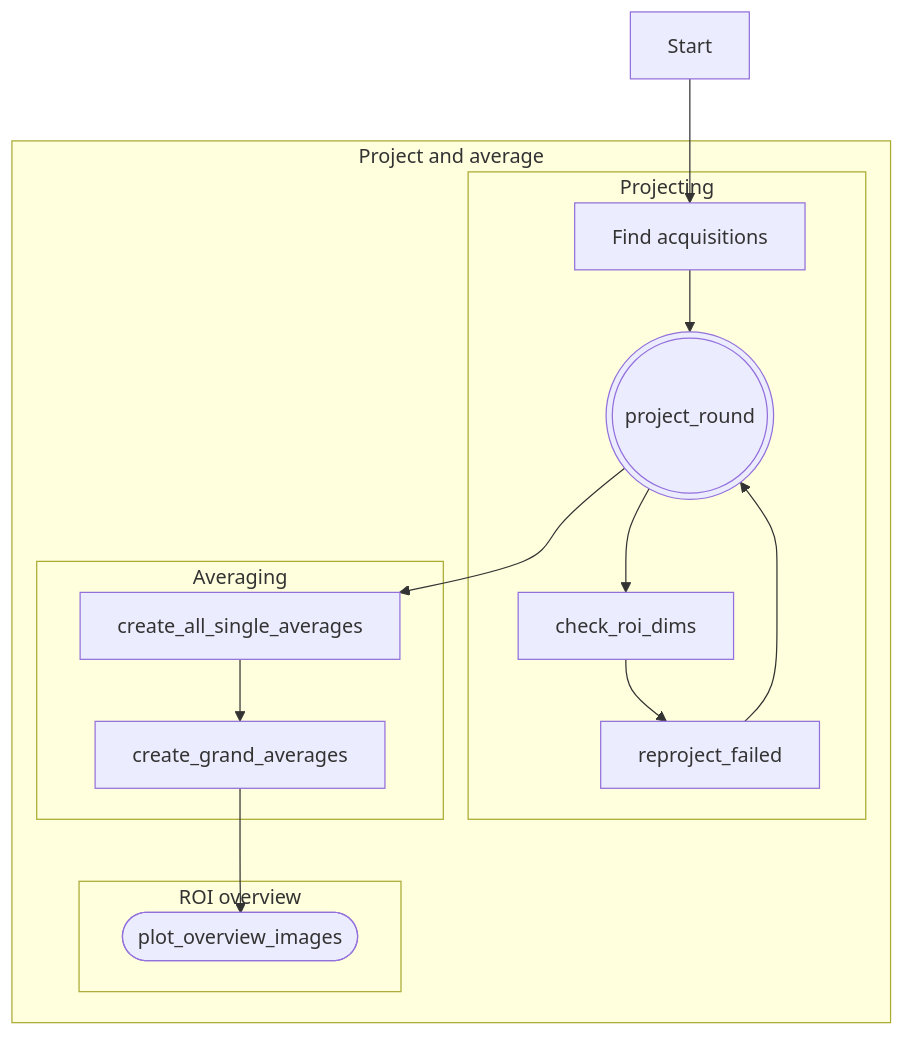
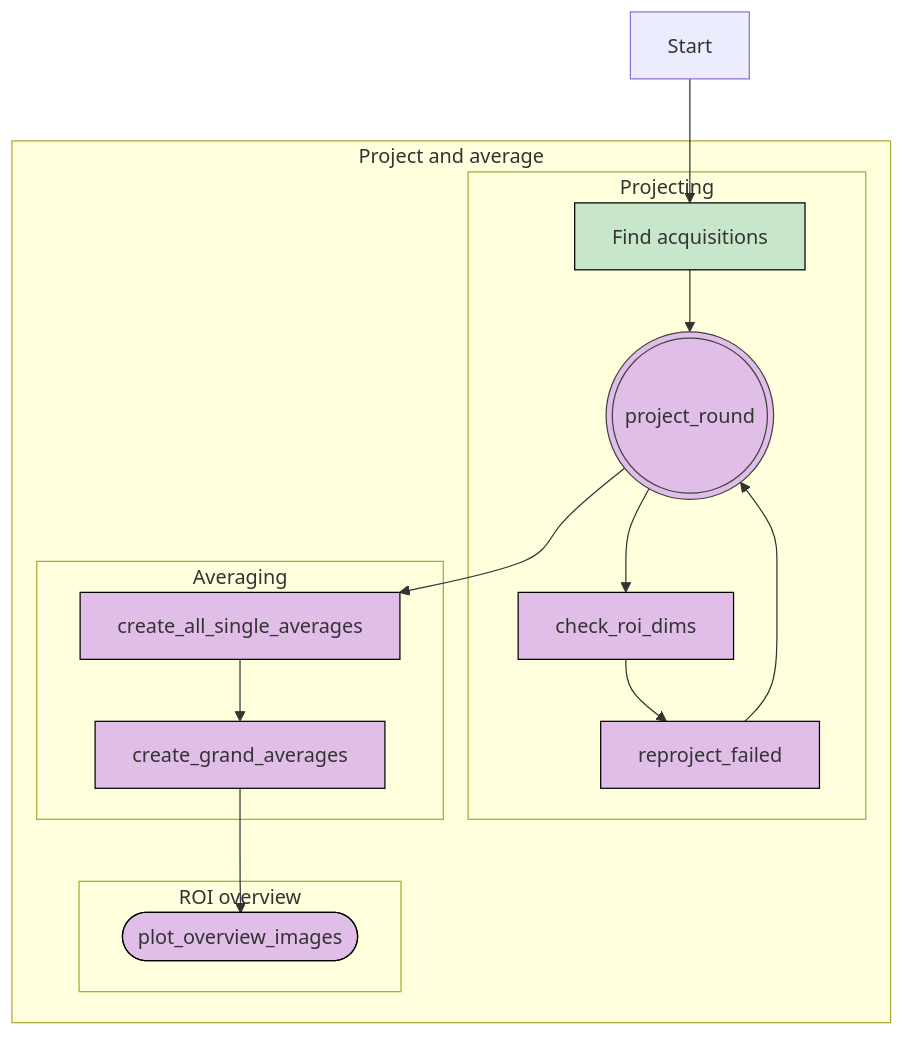
The diagram in docs/source/project_and_average.rst (znamlab/iss-preprocess), drawn with Mermaid before and after one commit. The commit also changed 7 other files, not shown here.

```diff
--- a/docs/source/project_and_average.rst
+++ b/docs/source/project_and_average.rst
@@ -26,25 +26,34 @@
 .. mermaid::
 
     graph TD;
         start[Start] --> find[Find acquisitions];
         subgraph Project and average
             subgraph Projecting
                 find --> prj(((project_round)));
                 prj --> check[check_roi_dims];
                 check --> reprj[reproject_failed];
                 reprj --> prj;
             end
 
+            style find fill:#C8E6C9,stroke:#000000
+            style prj fill:#E1BEE7,stroke:#424242
+            style reprj stroke:#000000,fill:#E1BEE7
+            style check stroke:#000000,fill:#E1BEE7
+
             subgraph Averaging
                 s_av[create_all_single_averages];
                 s_av --> g_av[create_grand_averages];
             end
+            style s_av stroke:#000000,fill:#E1BEE7
+            style g_av stroke:#000000,fill:#E1BEE7
 
             prj --> s_av;
 
             subgraph ROI overview
                 ovw([plot_overview_images]);
             end
+            style ovw stroke:#000000,fill:#E1BEE7
 
             g_av --> ovw;
+
         end
```
